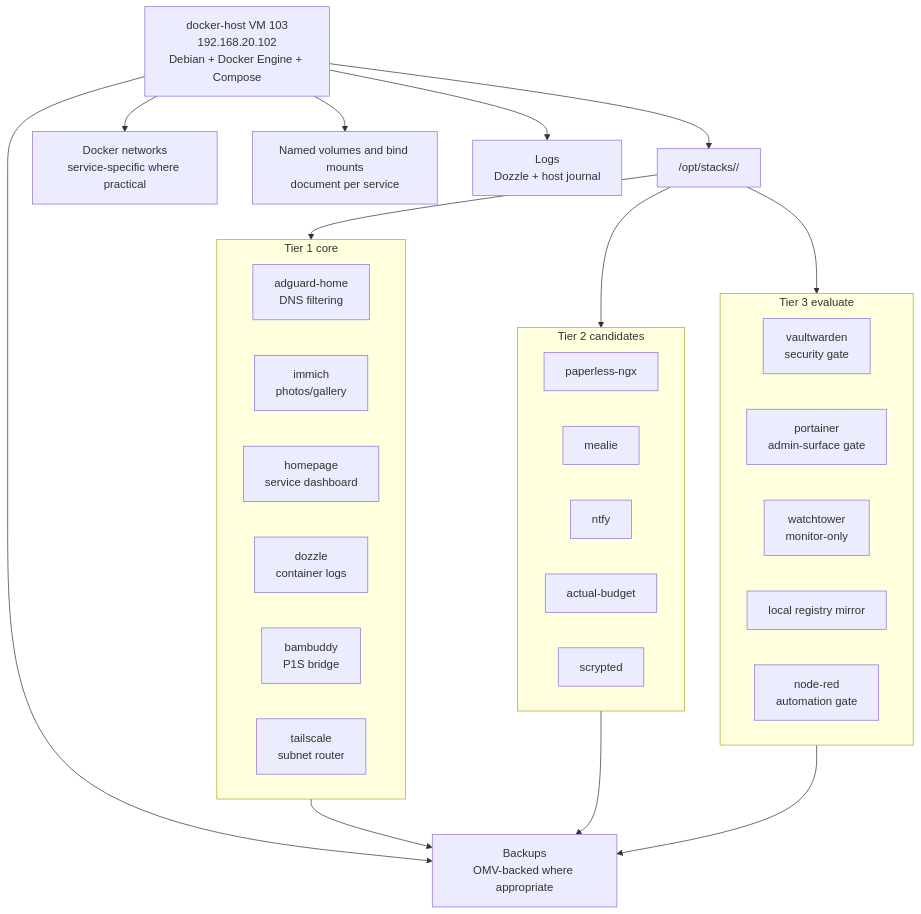
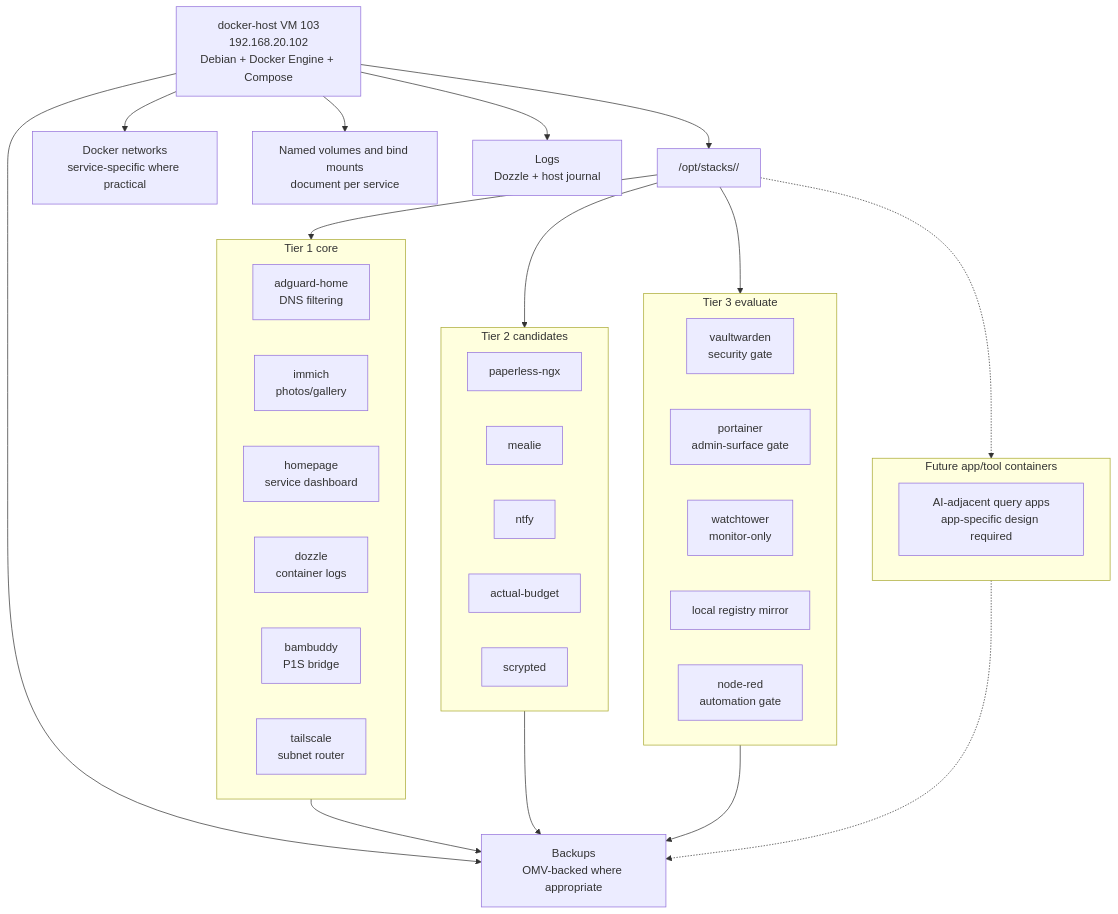
One commit to Nysplaidame/home-automation-project changed the diagram in main/docs/diagrams/infrastructure/docker-host-service-placement.mermaid. Above: the diagram before and after it, drawn with Mermaid. The commit also changed 36 other files, not shown here.

```diff
--- a/main/docs/diagrams/infrastructure/docker-host-service-placement.mermaid
+++ b/main/docs/diagrams/infrastructure/docker-host-service-placement.mermaid
@@ -1,45 +1,51 @@
 flowchart TB
     DockerHost["docker-host VM 103<br/>192.168.20.102<br/>Debian + Docker Engine + Compose"]
     Stacks["/opt/stacks/<service>/"]
     Network["Docker networks<br/>service-specific where practical"]
     Volumes["Named volumes and bind mounts<br/>document per service"]
     Backups["Backups<br/>OMV-backed where appropriate"]
     Logs["Logs<br/>Dozzle + host journal"]
 
     DockerHost --> Stacks
     DockerHost --> Network
     DockerHost --> Volumes
     DockerHost --> Backups
     DockerHost --> Logs
 
     subgraph Tier1["Tier 1 core"]
         AdGuard["adguard-home<br/>DNS filtering"]
         Immich["immich<br/>photos/gallery"]
         Homepage["homepage<br/>service dashboard"]
         Dozzle["dozzle<br/>container logs"]
         Bambuddy["bambuddy<br/>P1S bridge"]
         Tailscale["tailscale<br/>subnet router"]
     end
 
     subgraph Tier2["Tier 2 candidates"]
         Paperless["paperless-ngx"]
         Mealie["mealie"]
         Ntfy["ntfy"]
         Actual["actual-budget"]
         Scrypted["scrypted"]
     end
 
     subgraph Tier3["Tier 3 evaluate"]
         Vaultwarden["vaultwarden<br/>security gate"]
         Portainer["portainer<br/>admin-surface gate"]
         Watchtower["watchtower<br/>monitor-only"]
         Registry["local registry mirror"]
         NodeRED["node-red<br/>automation gate"]
     end
 
+    subgraph Future["Future app/tool containers"]
+        QueryApps["AI-adjacent query apps<br/>app-specific design required"]
+    end
+
     Stacks --> Tier1
     Stacks --> Tier2
     Stacks --> Tier3
+    Stacks -.-> Future
     Tier1 --> Backups
     Tier2 --> Backups
     Tier3 --> Backups
+    Future -.-> Backups
```
